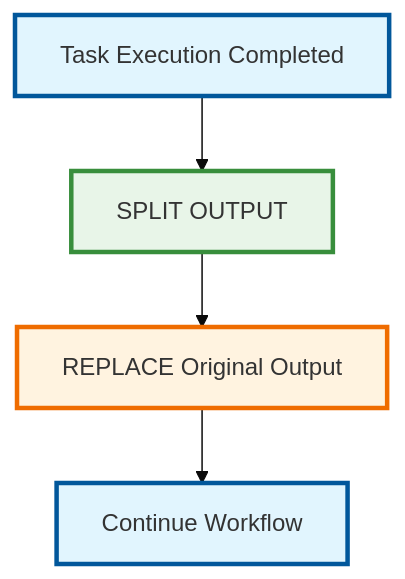
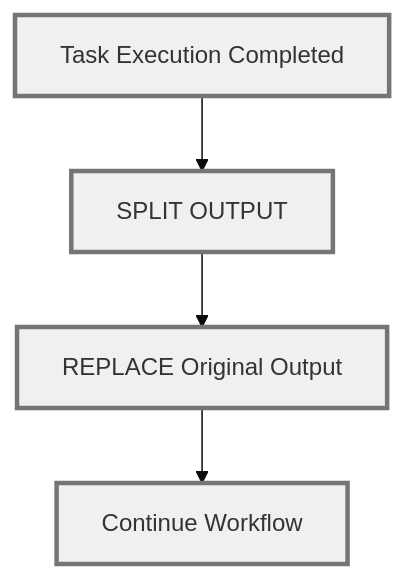
One commit to bastelbude1/Tasker changed diagram 20 of 20 in TaskER_FlowChart.md. Above: the diagram before and after it, drawn with Mermaid. The commit also changed other lines of this file, not shown here.

First line of the commit message:
docs: Optimize color scheme for TaskER_FlowChart.md visual clarity

````diff
--- a/TaskER_FlowChart.md
+++ b/TaskER_FlowChart.md
@@ -1203,12 +1182,12 @@
 ```mermaid
 %%{init: {'theme':'base', 'themeVariables': {'primaryColor':'#ffffff'}}}%%
 flowchart TD
     A[Task Execution Completed] --> B[SPLIT OUTPUT]
     B --> C[REPLACE Original Output]
     C --> D[Continue Workflow]
 
-    style A fill:#e1f5fe,stroke:#01579b,stroke-width:3px
-    style B fill:#e8f5e8,stroke:#388e3c,stroke-width:3px
-    style C fill:#fff3e0,stroke:#ef6c00,stroke-width:3px
-    style D fill:#e1f5fe,stroke:#01579b,stroke-width:3px
+    style A fill:#f0f0f0,stroke:#757575,stroke-width:3px
+    style B fill:#f0f0f0,stroke:#757575,stroke-width:3px
+    style C fill:#f0f0f0,stroke:#757575,stroke-width:3px
+    style D fill:#f0f0f0,stroke:#757575,stroke-width:3px
 ```
````
